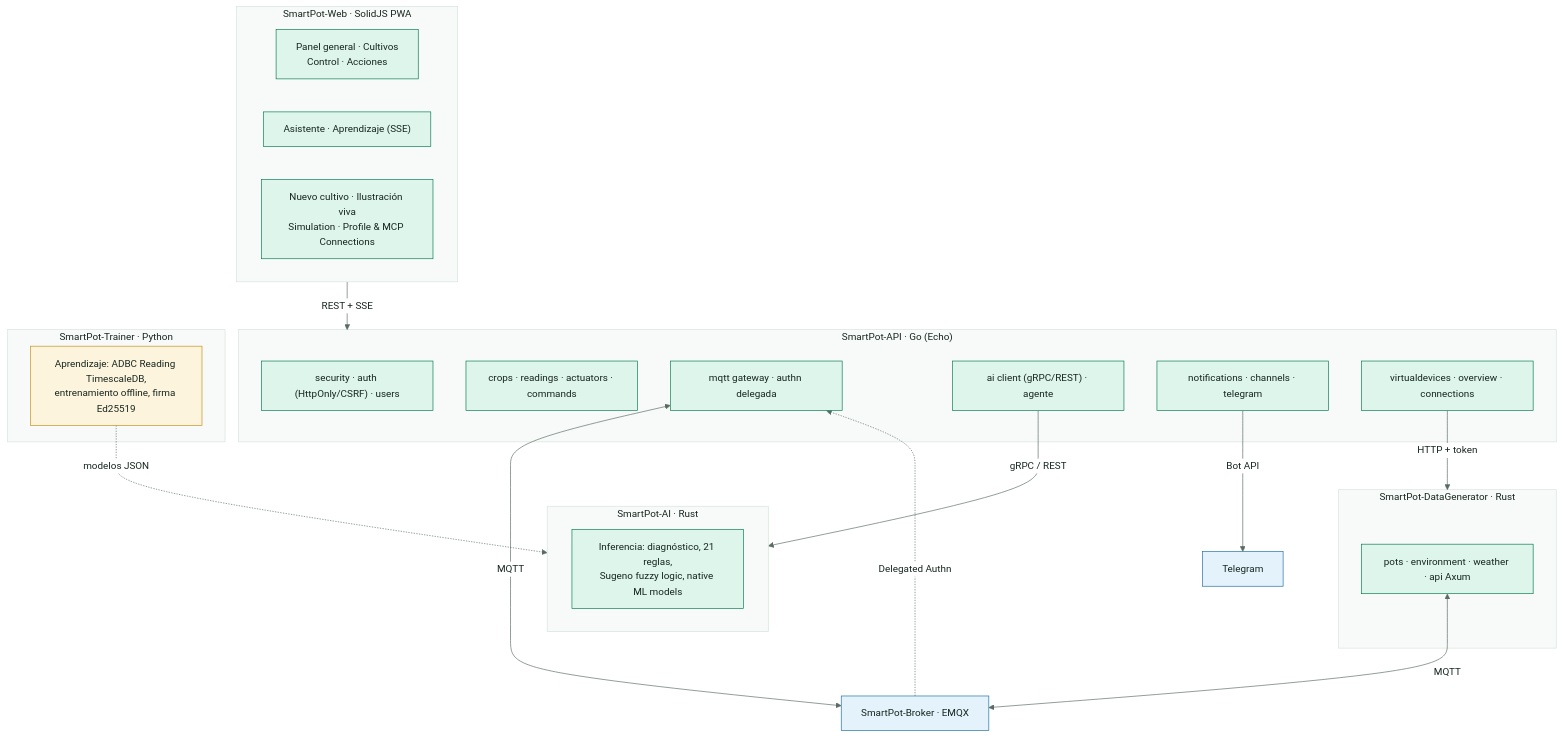
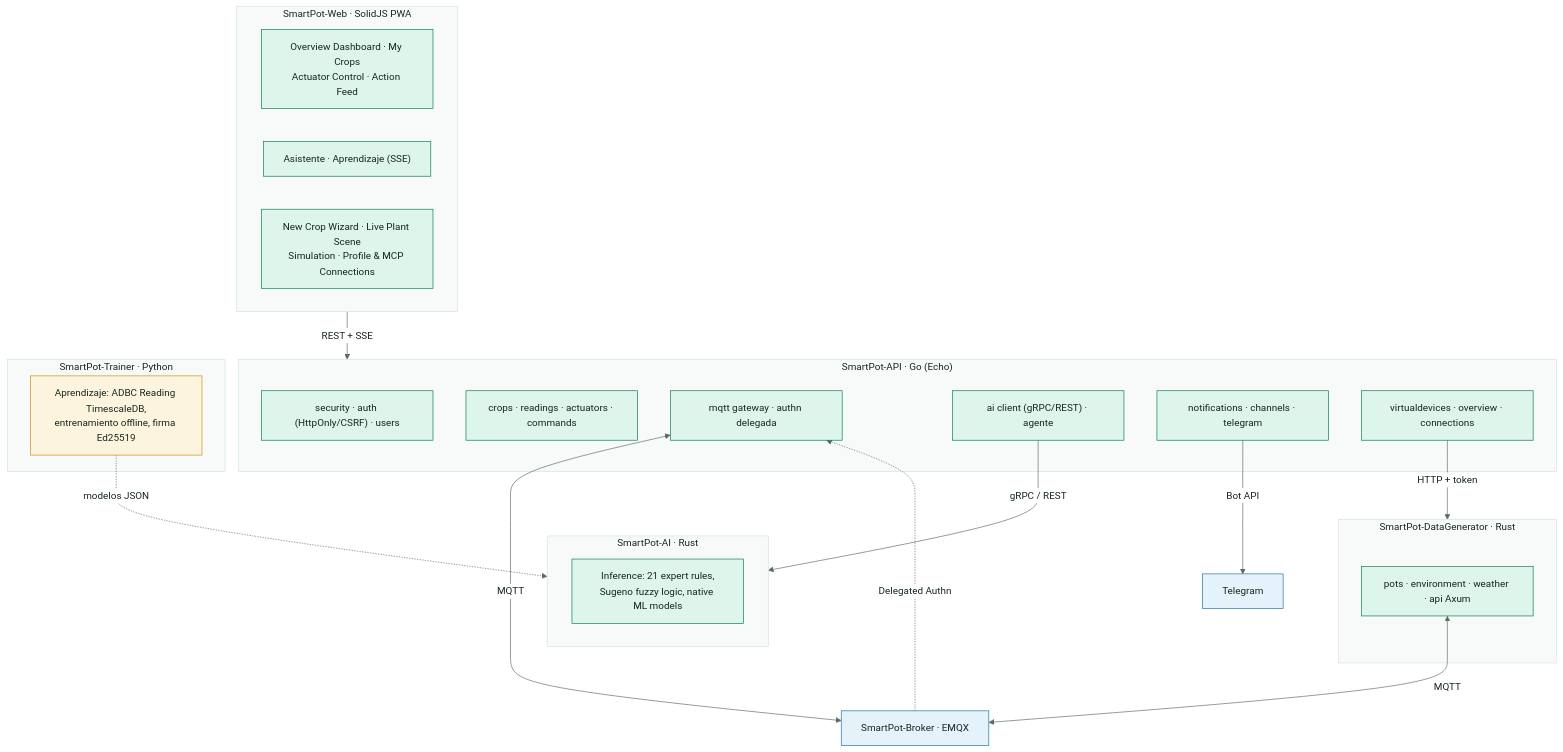
Before and after one commit to SmartPotTech/.github: the second of 14 diagrams in docs/SmartPot_Technical_Documentation.md, drawn with Mermaid. The commit also changed other lines of this file and 78 other files, not shown here.

Commit message:
docs(architecture): update and standardize architecture diagrams via archify [skip deploy] #no-deploy

````diff
--- a/docs/SmartPot_Technical_Documentation.md
+++ b/docs/SmartPot_Technical_Documentation.md
@@ -117,40 +117,40 @@
 ```mermaid
 %%{init: {"theme": "base", "fontFamily": "Segoe UI, Arial, sans-serif", "themeVariables": {"fontFamily": "Segoe UI, Arial, sans-serif", "fontSize": "15px", "primaryColor": "#DDF5EA", "primaryTextColor": "#17261F", "primaryBorderColor": "#067A52", "secondaryColor": "#E3F2FB", "secondaryTextColor": "#17261F", "secondaryBorderColor": "#1F6FA0", "tertiaryColor": "#F2F7F4", "tertiaryTextColor": "#17261F", "tertiaryBorderColor": "#D5E3DC", "lineColor": "#5B6B63", "textColor": "#17261F", "mainBkg": "#DDF5EA", "nodeBorder": "#067A52", "clusterBkg": "#F7FAF8", "clusterBorder": "#D5E3DC", "edgeLabelBackground": "#FFFFFF", "actorBkg": "#067A52", "actorBorder": "#0B3D2B", "actorTextColor": "#FFFFFF", "actorLineColor": "#5B6B63", "signalColor": "#17261F", "signalTextColor": "#17261F", "labelBoxBkgColor": "#0B3D2B", "labelBoxBorderColor": "#0B3D2B", "labelTextColor": "#FFFFFF", "loopTextColor": "#0B3D2B", "noteBkgColor": "#FDF4DD", "noteBorderColor": "#C98D12", "noteTextColor": "#17261F", "activationBkgColor": "#DDF5EA", "activationBorderColor": "#067A52", "attributeBackgroundColorOdd": "#FFFFFF", "attributeBackgroundColorEven": "#F2F7F4"}}}%%
 flowchart TB
   subgraph web["SmartPot-Web · SolidJS PWA"]
-    w1["Panel general · Cultivos<br/>Control · Acciones"]
+    w1["Overview Dashboard · My Crops<br/>Actuator Control · Action Feed"]
     w2["Asistente · Aprendizaje (SSE)"]
-    w3["Nuevo cultivo · Ilustración viva<br/>Simulation · Profile & MCP Connections"]
+    w3["New Crop Wizard · Live Plant Scene<br/>Simulation · Profile & MCP Connections"]
   end
   subgraph api["SmartPot-API · Go (Echo)"]
     a1["security · auth (HttpOnly/CSRF) · users"]
     a2["crops · readings · actuators · commands"]
     a3["mqtt gateway · authn delegada"]
     a4["ai client (gRPC/REST) · agente"]
     a5["notifications · channels · telegram"]
     a6["virtualdevices · overview · connections"]
   end
   subgraph ai["SmartPot-AI · Rust"]
-    i1["Inferencia: diagnóstico, 21 reglas,<br/>Sugeno fuzzy logic, native ML models"]
+    i1["Inference: 21 expert rules,<br/>Sugeno fuzzy logic, native ML models"]
   end
   subgraph trainer["SmartPot-Trainer · Python"]
     t1["Aprendizaje: ADBC Reading TimescaleDB,<br/>entrenamiento offline, firma Ed25519"]
   end
   subgraph sim["SmartPot-DataGenerator · Rust"]
     s1["pots · environment · weather · api Axum"]
   end
   web -->|"REST + SSE"| api
   a3 <-->|"MQTT"| broker["SmartPot-Broker · EMQX"]
   broker -.->|"Delegated Authn"| a3
   s1 <-->|"MQTT"| broker
   a4 -->|"gRPC / REST"| ai
   t1 -.->|"modelos JSON"| ai
   a6 -->|"HTTP + token"| sim
   a5 -->|"Bot API"| tg["Telegram"]
   classDef box fill:#DDF5EA,stroke:#067A52,color:#17261F
   classDef ext fill:#E3F2FB,stroke:#1F6FA0,color:#17261F
   classDef train fill:#FDF4DD,stroke:#C98D12,color:#17261F
   class w1,w2,w3,a1,a2,a3,a4,a5,a6,i1,s1 box
   class t1 train
   class broker,tg ext
 ```
````
